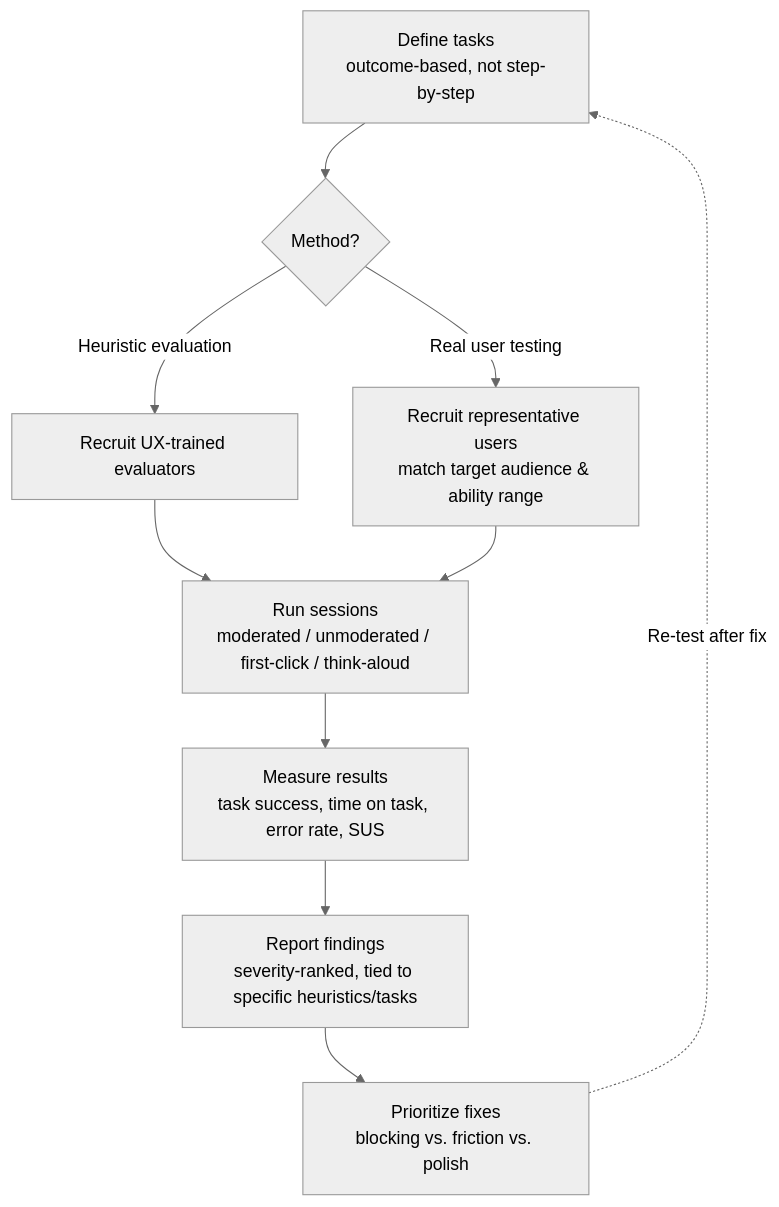
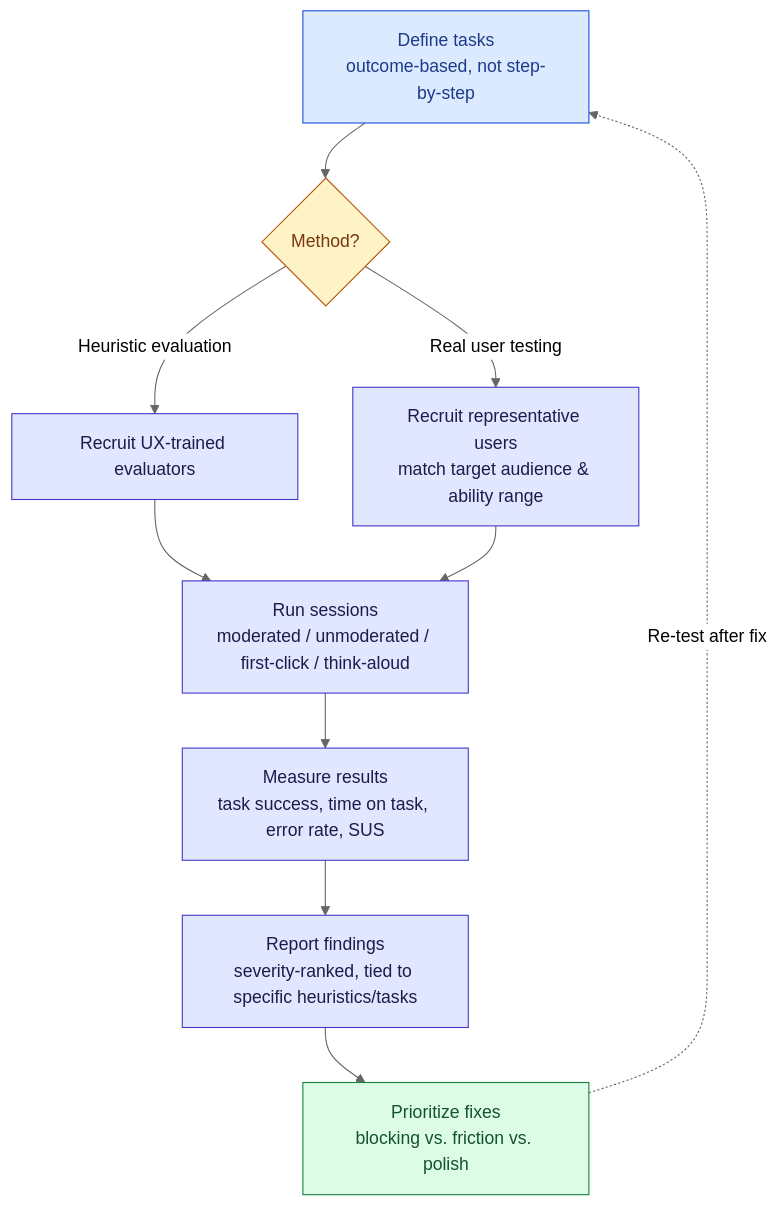
Before and after one commit to ghanendra-sdet/non-functional-testing-playbook: the diagram in Part_06_Usability_Interaction_Testing.md, drawn with Mermaid (neutral theme). The commit also changed 15 other files, not shown here.

Commit message:
Fix ToC anchors and theme re-render; update to OWASP 2025, WCAG 2.2, PCI DSS 4.0.1; style diagrams

````diff
--- a/Part_06_Usability_Interaction_Testing.md
+++ b/Part_06_Usability_Interaction_Testing.md
@@ -363,12 +363,22 @@
 ```mermaid
 flowchart TD
     A[Define tasks<br/>outcome-based, not step-by-step] --> B{Method?}
     B -->|Heuristic evaluation| C[Recruit UX-trained evaluators]
     B -->|Real user testing| D[Recruit representative users<br/>match target audience & ability range]
     C --> E[Run sessions<br/>moderated / unmoderated / first-click / think-aloud]
     D --> E
     E --> F[Measure results<br/>task success, time on task, error rate, SUS]
     F --> G[Report findings<br/>severity-ranked, tied to specific heuristics/tasks]
     G --> H[Prioritize fixes<br/>blocking vs. friction vs. polish]
     H -.->|Re-test after fix| A
+
+    classDef start fill:#dbeafe,stroke:#1d4ed8,color:#1e3a8a
+    classDef step fill:#e0e7ff,stroke:#4338ca,color:#1e1b4b
+    classDef decision fill:#fef3c7,stroke:#b45309,color:#78350f
+    classDef good fill:#dcfce7,stroke:#15803d,color:#14532d
+    classDef bad fill:#fee2e2,stroke:#b91c1c,color:#7f1d1d
+    class A start
+    class B decision
+    class C,D,E,F,G step
+    class H good
 ```
````
